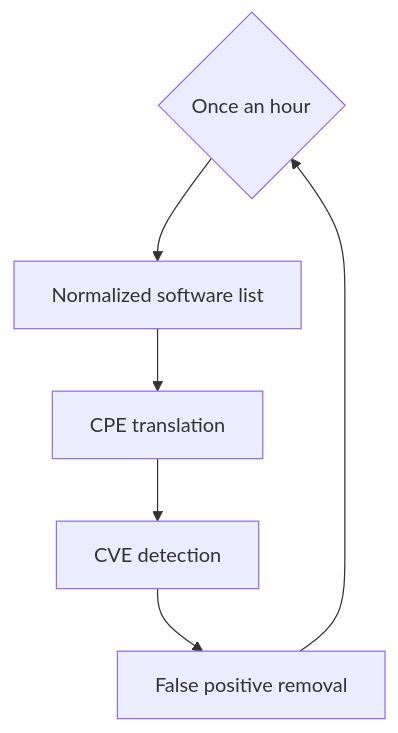
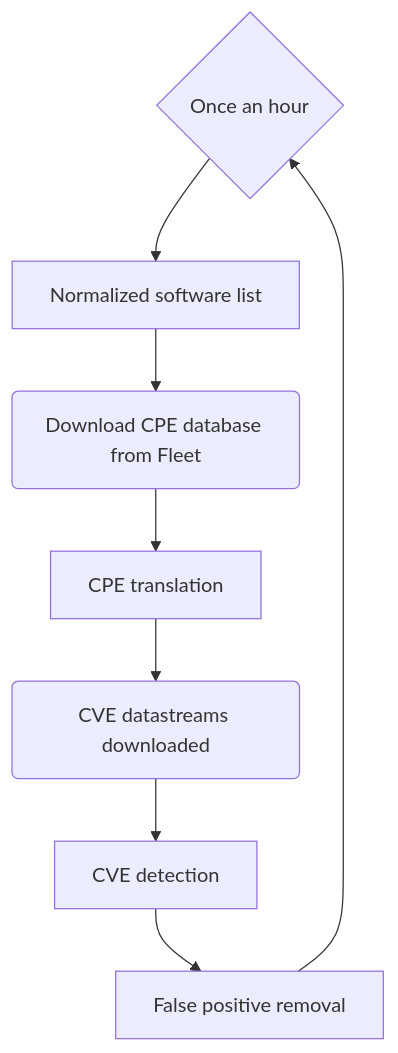
The second of 2 diagrams in docs/01-Using-Fleet/13-Vulnerability-Processing.md (fleetdm/fleet), drawn with Mermaid before and after one commit. The commit also changed other lines of this file, not shown here.

Commit message:
Improve flow charts

````diff
--- a/docs/01-Using-Fleet/13-Vulnerability-Processing.md
+++ b/docs/01-Using-Fleet/13-Vulnerability-Processing.md
@@ -110,8 +110,10 @@
 ```mermaid
 graph TD;
-    A{Once an hour}-->B[Normalized software list]
-    B-->C[CPE translation]
-    C-->D[CVE detection]
-    D-->E[False positive removal]
-    E-->A
+    interval{Once an hour}-->normalize[Normalized software list]
+    normalize-->downloadCPE(Download CPE database from Fleet)
+    downloadCPE-->cpeTranslate[CPE translation]
+    cpeTranslate-->cveDownload(CVE datastreams downloaded)
+    cveDownload-->cveMap[CVE detection]
+    cveMap-->falsePositive[False positive removal]
+    falsePositive-->interval
 ```
````
